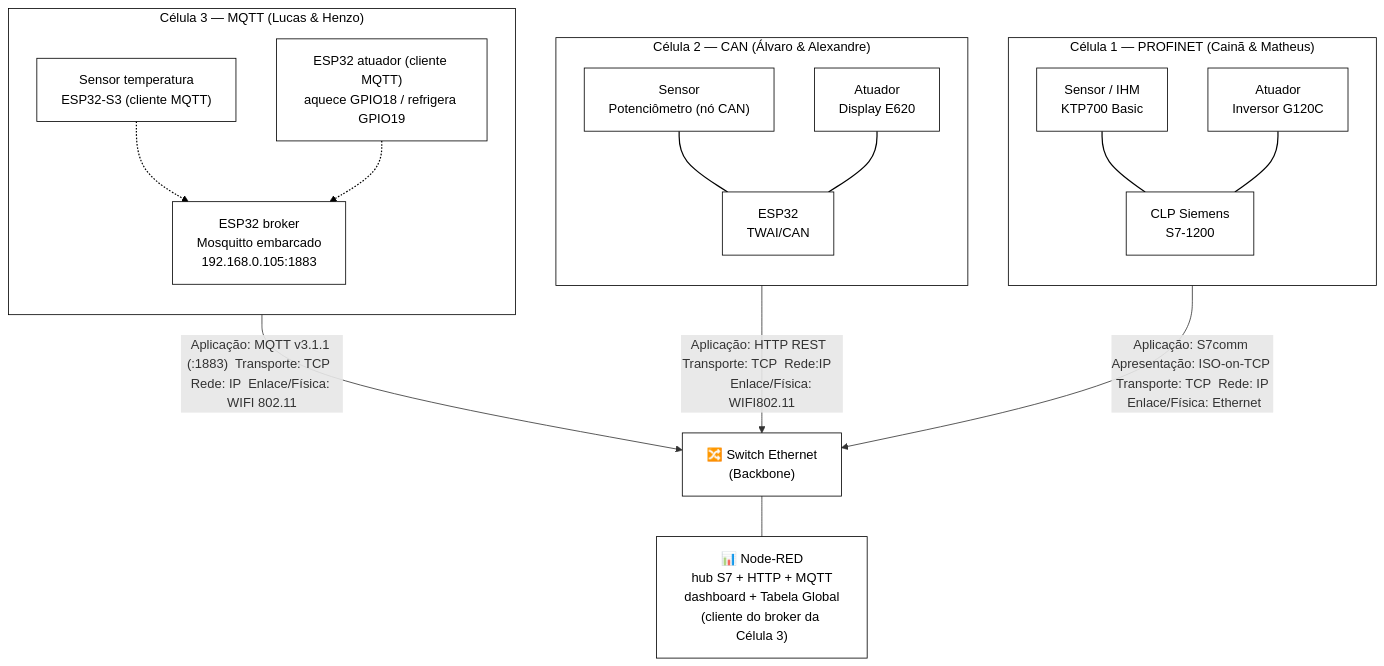
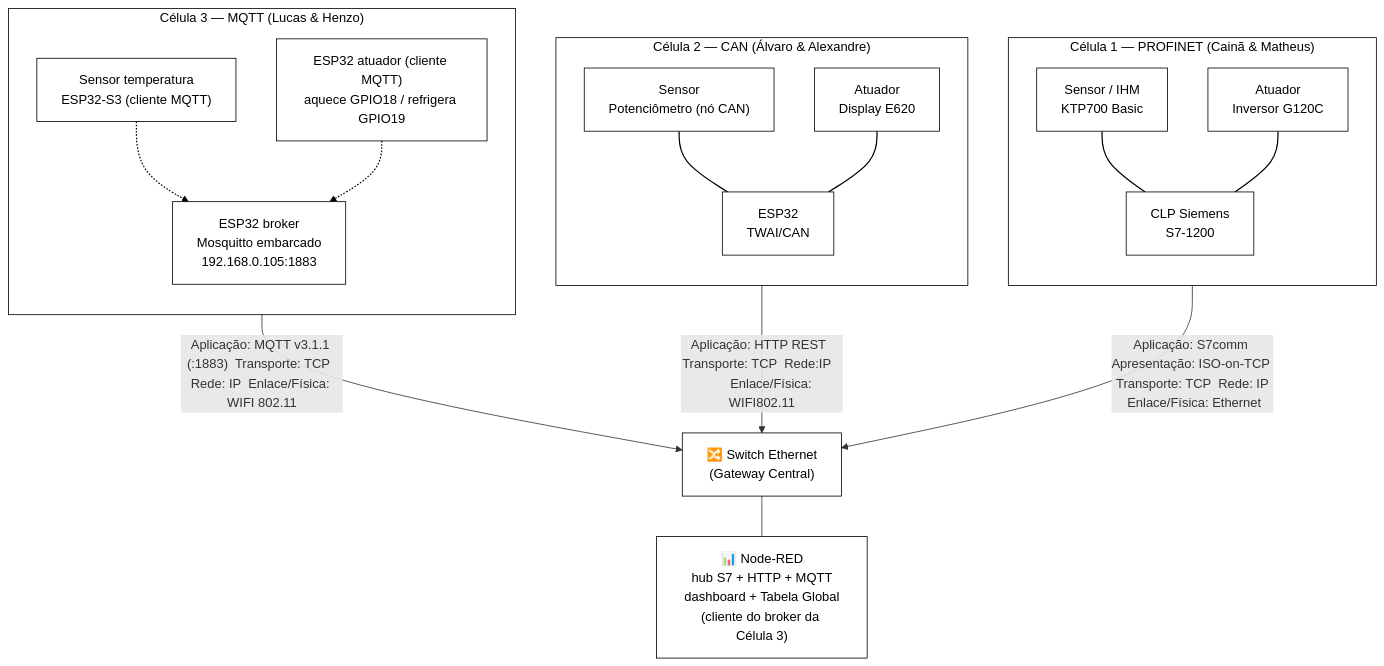
The diagram in README.md (Scheeffer/Project_Nexus), drawn with Mermaid before and after one commit. The commit also changed other lines of this file, not shown here.

````diff
--- a/README.md
+++ b/README.md
@@ -67,36 +67,36 @@
 ```mermaid
 flowchart TB
     subgraph CELULA1[" Célula 1 — PROFINET (Cainã & Matheus)"]
         direction TB
         S1["Sensor / IHM<br/>KTP700 Basic"] --- PLC["CLP Siemens<br/>S7-1200"]
         A1["Atuador<br/>Inversor G120C"] --- PLC
     end
     subgraph CELULA2[" Célula 2 — CAN (Álvaro & Alexandre)"]
         direction TB
         S2["Sensor<br/>Potenciômetro (nó CAN)"] --- ESP2["ESP32<br/>TWAI/CAN"]
         A2["Atuador<br/>Display E620"] --- ESP2
     end
     subgraph CELULA3[" Célula 3 — MQTT (Lucas & Henzo)"]
         direction TB
         S3["Sensor temperatura<br/>ESP32-S3 (cliente MQTT)"] -.-> BR3[" ESP32 broker<br/>Mosquitto embarcado<br/>192.168.0.105:1883"]
         A3["ESP32 atuador (cliente MQTT)<br/>aquece GPIO18 / refrigera GPIO19"] -.-> BR3
     end
-    SW["🔀 Switch Ethernet<br/>(Backbone)"]
+    SW["🔀 Switch Ethernet<br/>(Gateway Central)"]
     NR["📊 Node-RED<br/>hub S7 + HTTP + MQTT<br/>dashboard + Tabela Global<br/>(cliente do broker da Célula 3)"]
     PLC -- "Aplicação: S7comm Apresentação: ISO-on-TCP  Transporte: TCP  Rede: IP  Enlace/Física: Ethernet" --> SW
     ESP2 -- "Aplicação: HTTP REST  Transporte: TCP  Rede:IP         Enlace/Física: WIFI802.11" --> SW
     BR3 -- "Aplicação: MQTT v3.1.1 (:1883)  Transporte: TCP  Rede: IP  Enlace/Física: WIFI 802.11" --> SW
     SW --- NR
 
     classDef cell   fill:#ffffff,stroke:#000000,stroke-width:1px,color:#000000;
     classDef bloco  fill:#ffffff,stroke:#000000,stroke-width:1px,color:#000000;
     classDef central fill:#ffffff,stroke:#000000,stroke-width:1px,color:#000000;
     classDef broker  fill:#ffffff,stroke:#000000,stroke-width:1px,color:#000000;
 
     class CELULA1,CELULA2,CELULA3 cell;
     class S1,PLC,A1,S2,ESP2,A2,S3,A3 bloco;
     class BR3 broker;
     class SW,NR central;
 
     linkStyle 0,1,2,3,4,5 stroke:#000000,stroke-width:1.5px;
 ```
````
